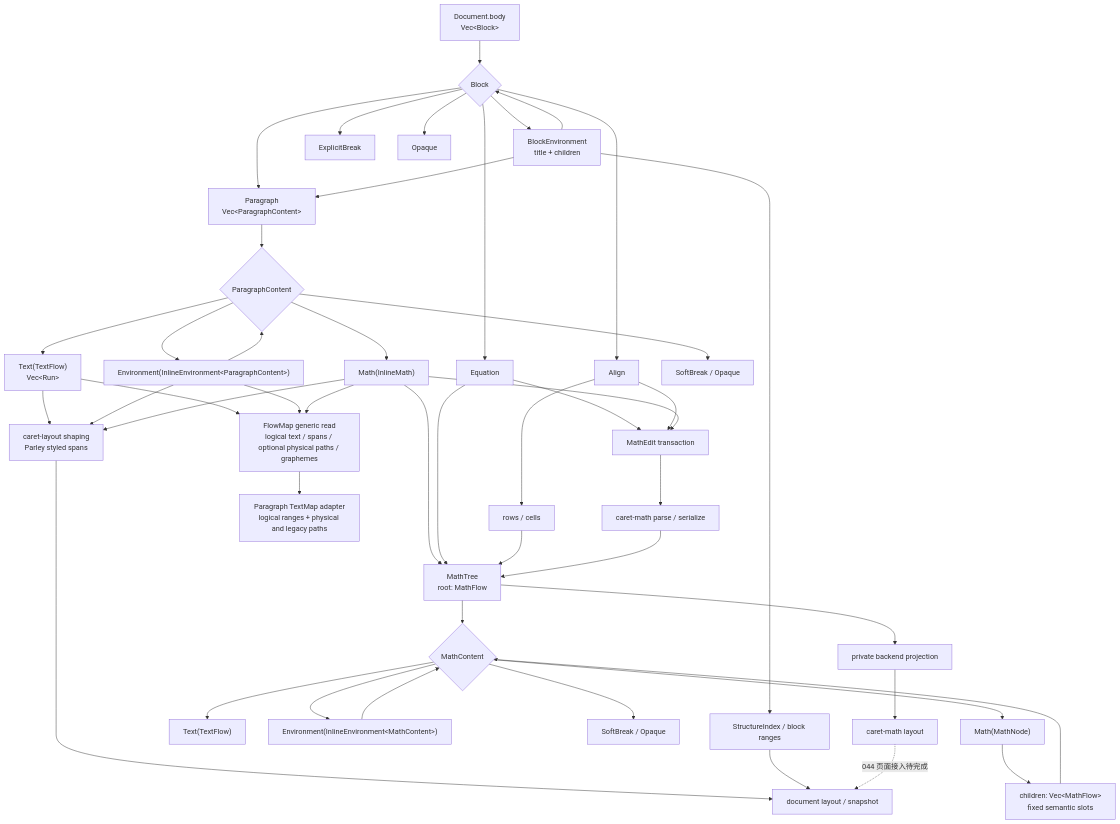
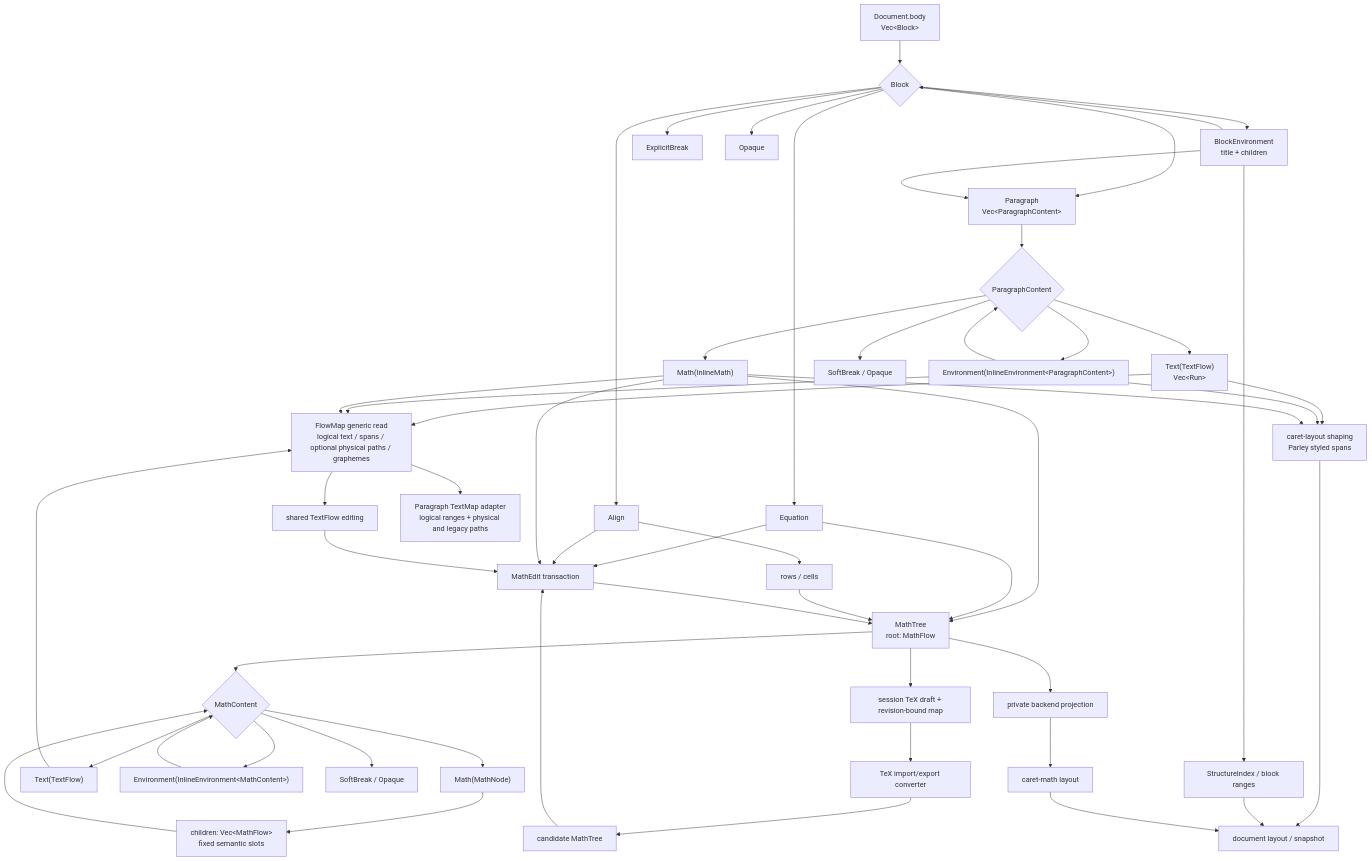
One commit to VibeSTEM/caret changed the diagram in ai-docs/architecture/editor/document-model/content-code-path.md. Above: the diagram before and after it, drawn with Mermaid. The commit also changed other lines of this file and 60 other files, not shown here.

First line of the commit message:
fix(math): preserve inline text history ranges (#89)

````diff
--- a/ai-docs/architecture/editor/document-model/content-code-path.md
+++ b/ai-docs/architecture/editor/document-model/content-code-path.md
@@ -7,51 +7,57 @@
 ```mermaid
 flowchart TB
     DOC["Document.body<br/>Vec&lt;Block&gt;"] --> BLOCK{"Block"}
     BLOCK --> PARA["Paragraph<br/>Vec&lt;ParagraphContent&gt;"]
     BLOCK --> BEN["BlockEnvironment<br/>title + children"]
     BLOCK --> EQ["Equation"]
     BLOCK --> ALIGN["Align"]
     BLOCK --> BREAK["ExplicitBreak"]
     BLOCK --> OPAQUE["Opaque"]
     BEN --> PARA
     BEN --> BLOCK
 
     PARA --> PC{"ParagraphContent"}
     PC --> TF["Text(TextFlow)<br/>Vec&lt;Run&gt;"]
     PC --> IM["Math(InlineMath)"]
     PC --> IE["Environment(InlineEnvironment&lt;ParagraphContent&gt;)"]
     PC --> SB["SoftBreak / Opaque"]
     IE --> PC
 
     IM --> MT["MathTree<br/>root: MathFlow"]
     EQ --> MT
     ALIGN --> AL["rows / cells"]
     AL --> MT
     MT --> MC{"MathContent"}
     MC --> MN["Math(MathNode)"]
     MC --> MTF["Text(TextFlow)"]
     MC --> MIE["Environment(InlineEnvironment&lt;MathContent&gt;)"]
     MC --> MSB["SoftBreak / Opaque"]
     MN --> SLOTS["children: Vec&lt;MathFlow&gt;<br/>fixed semantic slots"]
     SLOTS --> MC
     MIE --> MC
 
     TF --> FLOWMAP["FlowMap generic read<br/>logical text / spans / optional physical paths / graphemes"]
     IE --> FLOWMAP
     IM --> FLOWMAP
     FLOWMAP --> TEXTMAP["Paragraph TextMap adapter<br/>logical ranges + physical and legacy paths"]
     TF --> SHAPING["caret-layout shaping<br/>Parley styled spans"]
     IE --> SHAPING
     IM --> SHAPING
     SHAPING --> PAGE["document layout / snapshot"]
     BEN --> STRUCT["StructureIndex / block ranges"]
     STRUCT --> PAGE
     EQ --> MATHEDIT["MathEdit transaction"]
     ALIGN --> MATHEDIT
     IM --> MATHEDIT
-    MATHEDIT --> PARSER["caret-math parse / serialize"]
-    PARSER --> MT
+    MT --> DRAFT["session TeX draft + revision-bound map"]
+    DRAFT --> PARSER["TeX import/export converter"]
+    PARSER --> CANDIDATE["candidate MathTree"]
+    CANDIDATE --> MATHEDIT
+    MTF --> FLOWMAP
+    FLOWMAP --> TEXTEDIT["shared TextFlow editing"]
+    TEXTEDIT --> MATHEDIT
+    MATHEDIT --> MT
     MT --> BACKEND["private backend projection"]
     BACKEND --> ML["caret-math layout"]
-    ML -. "044 页面接入待完成" .-> PAGE
+    ML --> PAGE
 ```
````
